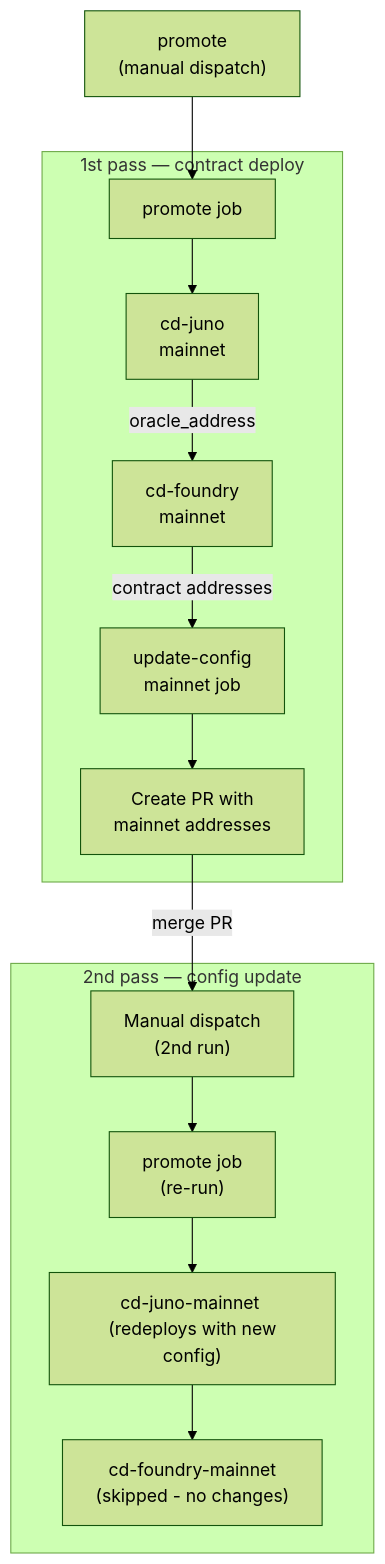
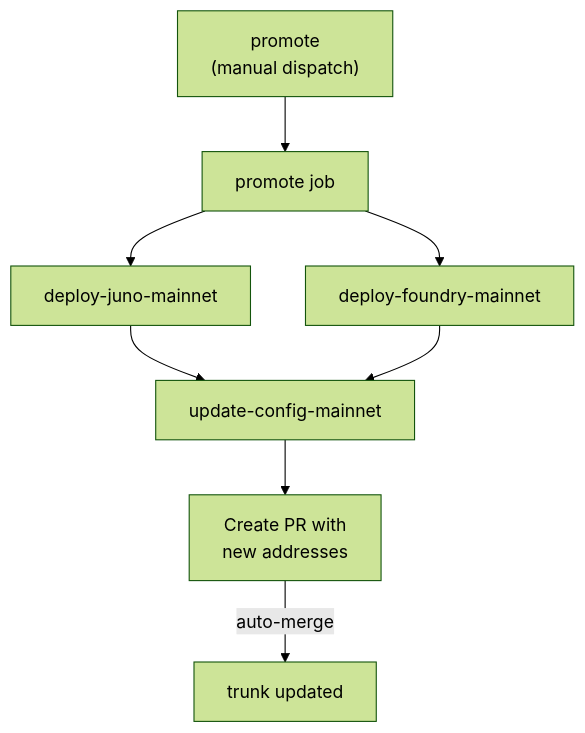
Before and after one commit to tresr-community/tresr-game: the second of 3 diagrams in docs/ci-cd.md, drawn with Mermaid (forest theme). The commit also changed other lines of this file and 28 other files, not shown here.

````diff
--- a/docs/ci-cd.md
+++ b/docs/ci-cd.md
@@ -47,18 +38,10 @@
 ```mermaid
 graph TD
-    promote["promote </br> (manual dispatch)"] --> L["promote job"]
-
-    subgraph "1st pass — contract deploy"
-        L --> M["cd-juno </br> mainnet"]
-        M -->|oracle_address| N["cd-foundry </br> mainnet"]
-        N -->|contract addresses| O["update-config </br> mainnet job"]
-        O --> P["Create PR with </br> mainnet addresses"]
-    end
-
-    subgraph "2nd pass — config update"
-        P -->|merge PR| Q["Manual dispatch </br> (2nd run)"]
-        Q --> R["promote job </br> (re-run)"]
-        R --> S["cd-juno-mainnet </br> (redeploys with new config)"]
-        S --> T["cd-foundry-mainnet </br> (skipped - no changes)"]
-    end
+    promote["promote</br>(manual dispatch)"] --> B["promote job"]
+    B --> C["deploy-juno-mainnet"]
+    B --> D["deploy-foundry-mainnet"]
+    C --> E["update-config-mainnet"]
+    D --> E
+    E --> F["Create PR with</br>new addresses"]
+    F -->|"auto-merge"| G["trunk updated"]
 ```
````
